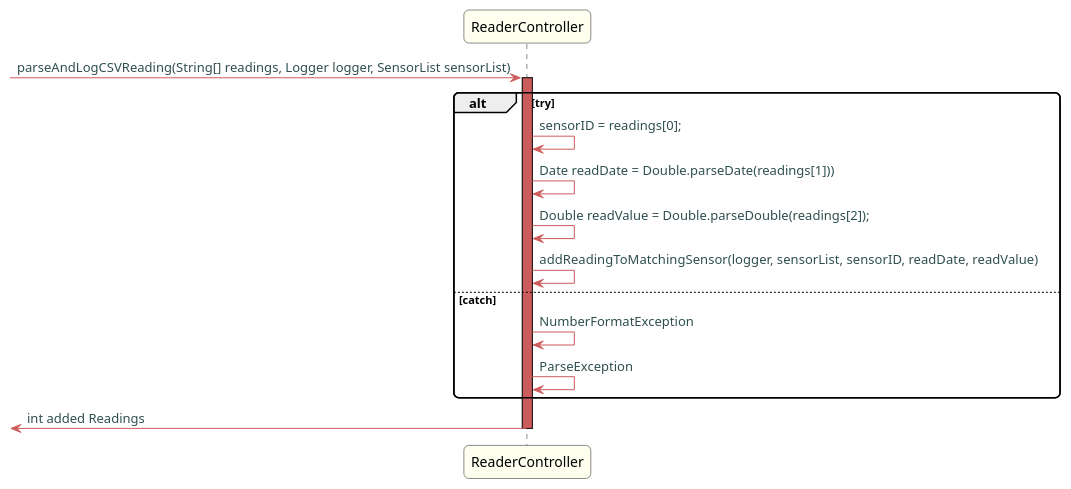
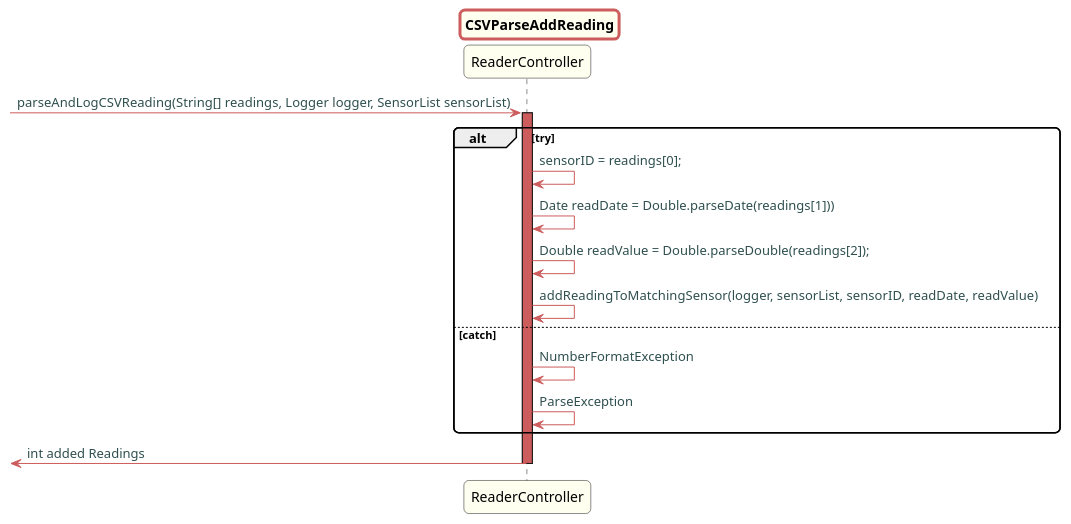
Before and after one commit to Almadanmp/project: the diagram in src/doc/Controllers/HouseConfiguration/US20v2/CSV/CSVParseAddReading.puml, drawn with PlantUML. The commit also changed 16 other files, not shown here.

```diff
--- a/src/doc/Controllers/HouseConfiguration/US20v2/CSV/CSVParseAddReading.puml
+++ b/src/doc/Controllers/HouseConfiguration/US20v2/CSV/CSVParseAddReading.puml
@@ -1,45 +1,45 @@
 @startuml
 
 skinparam titleBorderRoundCorner 10
 skinparam titleBorderThickness 3
 skinparam titleBorderColor indianred
 skinparam titleBackgroundColor ivory
 skinparam FontName quicksand
 
 skinparam actor {
  	BorderColor indianred
  	}
 
  skinparam sequence {
  	LifeLineBackgroundColor indianred
  	ParticipantBackgroundColor ivory
  }
 
  skinparam roundcorner 10
 
  skinparam component {
    arrowThickness 1
    ArrowFontName Verdana
    ArrowColor indianred
    ArrowFontColor darkslategrey
  }
 
 
-
+title CSVParseAddReading
 -> ReaderController: parseAndLogCSVReading(String[] readings, Logger logger, SensorList sensorList)
 activate ReaderController
 
 alt try
 
 ReaderController -> ReaderController: sensorID = readings[0];
 ReaderController -> ReaderController: Date readDate = Double.parseDate(readings[1]))
 ReaderController -> ReaderController: Double readValue = Double.parseDouble(readings[2]);
 ReaderController -> ReaderController: addReadingToMatchingSensor(logger, sensorList, sensorID, readDate, readValue)
 else catch
 ReaderController -> ReaderController: NumberFormatException
 ReaderController -> ReaderController: ParseException
 end
 <- ReaderController: int added Readings
 deactivate ReaderController
 
 @enduml
```
